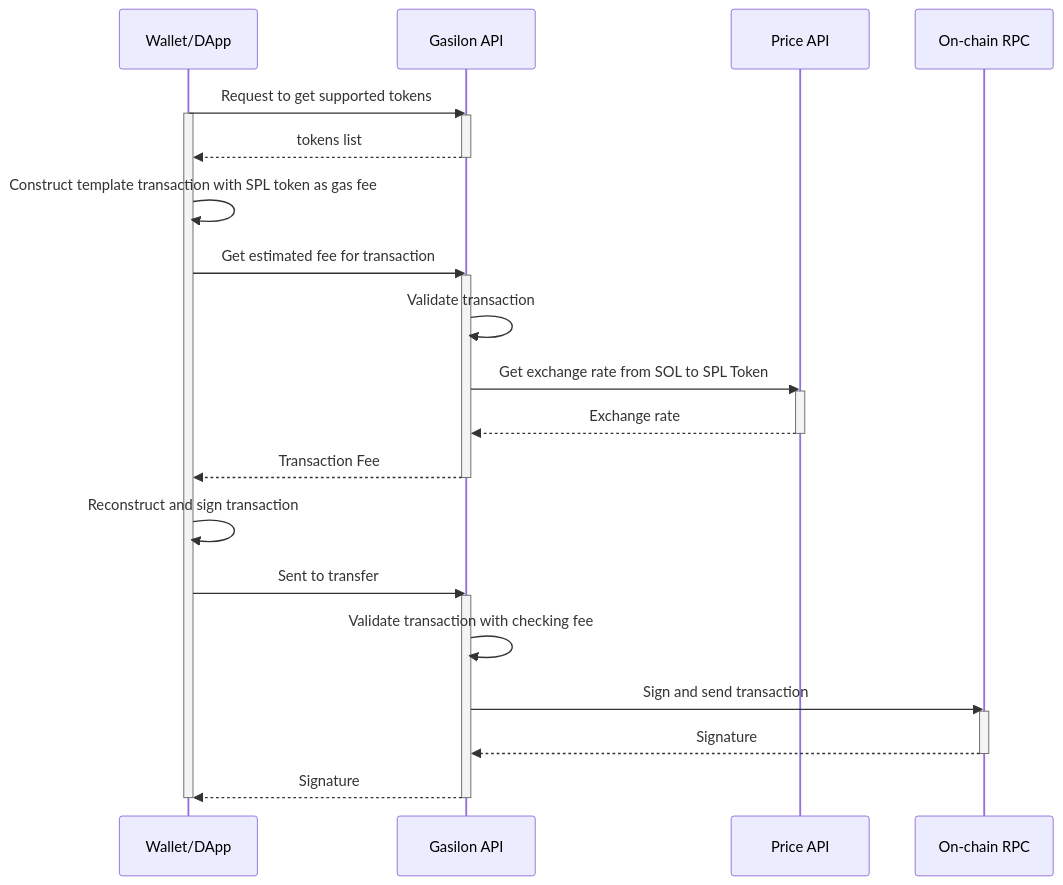
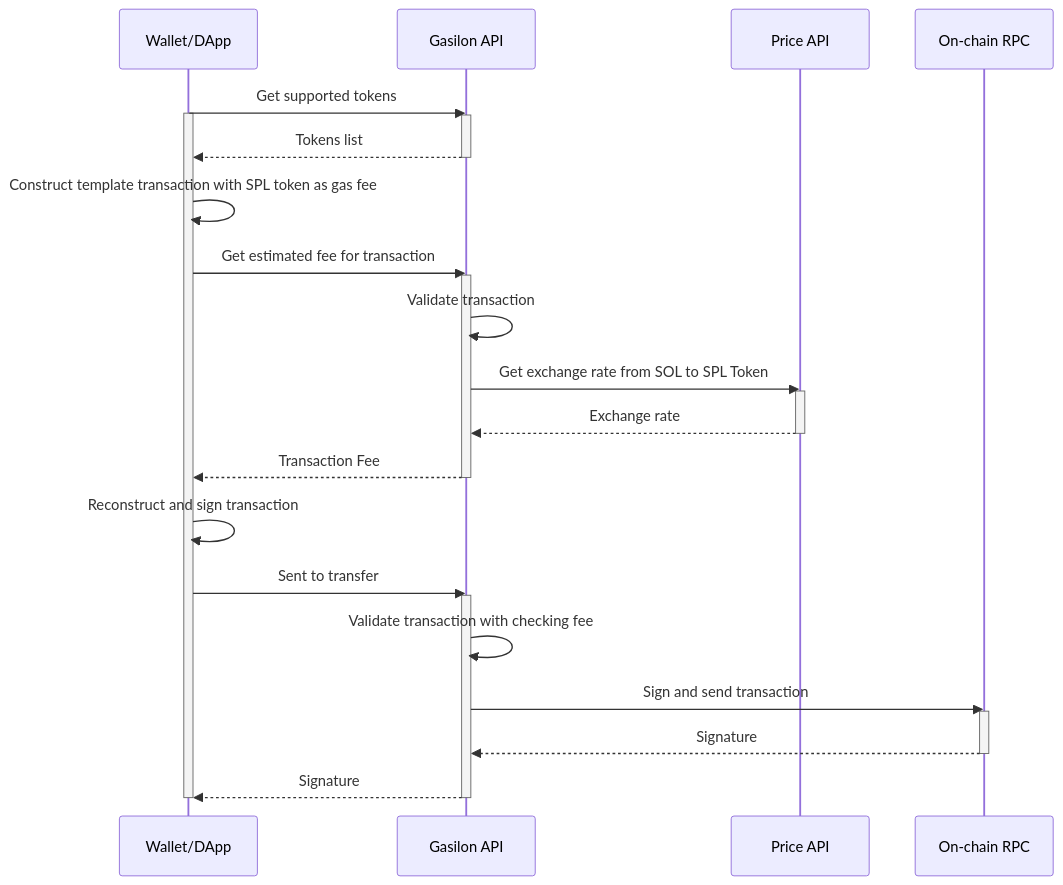
One commit to cocrafts/gasilon changed the diagram in README.md. Above: the diagram before and after it, drawn with Mermaid.

````diff
--- a/README.md
+++ b/README.md
@@ -17,29 +17,29 @@
 ```mermaid
 sequenceDiagram
-    Wallet/DApp->>Gasilon API: Request to get supported tokens
+    Wallet/DApp->>Gasilon API: Get supported tokens
     activate Wallet/DApp
     activate Gasilon API
-    Gasilon API-->>Wallet/DApp: tokens list
+    Gasilon API-->>Wallet/DApp: Tokens list
     deactivate Gasilon API
     Wallet/DApp->>Wallet/DApp: Construct template transaction with SPL token as gas fee
     Wallet/DApp->>Gasilon API: Get estimated fee for transaction
     activate Gasilon API
     Gasilon API->>Gasilon API: Validate transaction
     Gasilon API->>Price API: Get exchange rate from SOL to SPL Token
     activate Price API
     Price API-->>Gasilon API: Exchange rate
     deactivate Price API
     Gasilon API-->>Wallet/DApp: Transaction Fee
     deactivate Gasilon API
     Wallet/DApp->>Wallet/DApp: Reconstruct and sign transaction
     Wallet/DApp->>Gasilon API: Sent to transfer
     activate Gasilon API
     Gasilon API->>Gasilon API: Validate transaction with checking fee
     Gasilon API->>On-chain RPC: Sign and send transaction
     activate On-chain RPC
     On-chain RPC-->>Gasilon API: Signature
     deactivate On-chain RPC
     Gasilon API-->>Wallet/DApp: Signature
     deactivate Gasilon API
     deactivate Wallet/DApp
 ```
````
